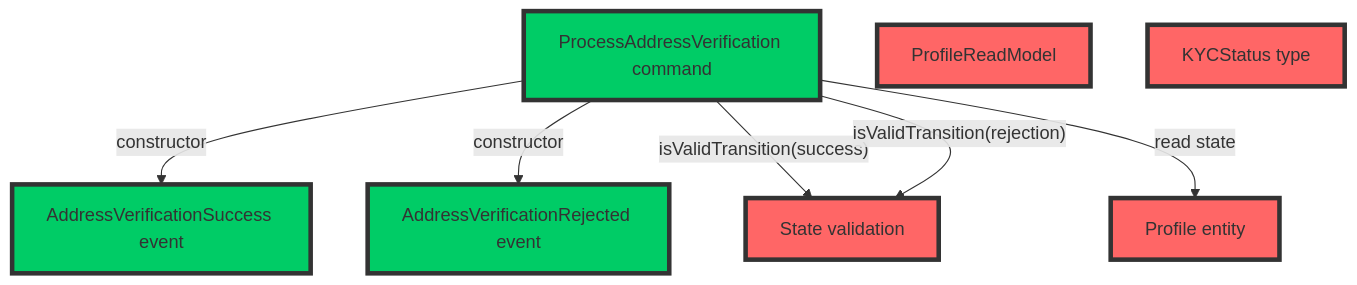
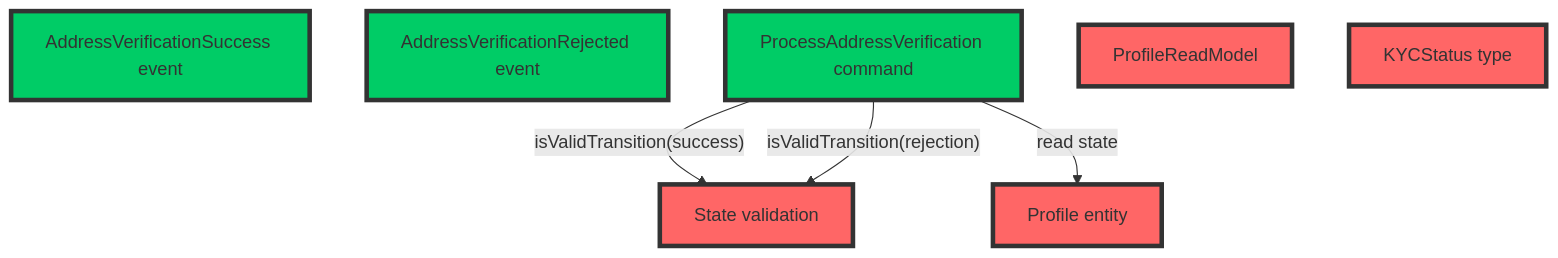
The sixth of 10 diagrams in README.md (boostercloud/kyc-example), drawn with Mermaid before and after one commit. The commit also changed other lines of this file and 4 other files, not shown here.

Commit message:
Added graphs, fixed errors and reworked some statistics and metrics

````diff
--- a/README.md
+++ b/README.md
@@ -265,14 +264,14 @@
 ```mermaid
 graph TD;
-    classDef red fill:#ff6666,stroke:#333,stroke-width:4px;
-    classDef green fill:#00cc66,stroke:#333,stroke-width:4px;
-    A[ProcessAddressVerification command] -->|"constructor"| B[AddressVerificationSuccess event]
-    A -->|"constructor"| C[AddressVerificationRejected event]
-    A -->|"isValidTransition(success)"| D[State validation]
+    classDef red fill:#ff6666,stroke:#333,stroke-width:4px,color:#333;
+    classDef green fill:#00cc66,stroke:#333,stroke-width:4px,color:#333;
+    B[AddressVerificationSuccess event]
+    C[AddressVerificationRejected event]
+    A[ProcessAddressVerification command] -->|"isValidTransition(success)"| D[State validation]
     A -->|"isValidTransition(rejection)"| D[State validation]
     A -->|"read state"| E[Profile entity]
     F[ProfileReadModel]
     G[KYCStatus type]
     class A,B,C green;
     class D,E,F,G red;
 ```
````
